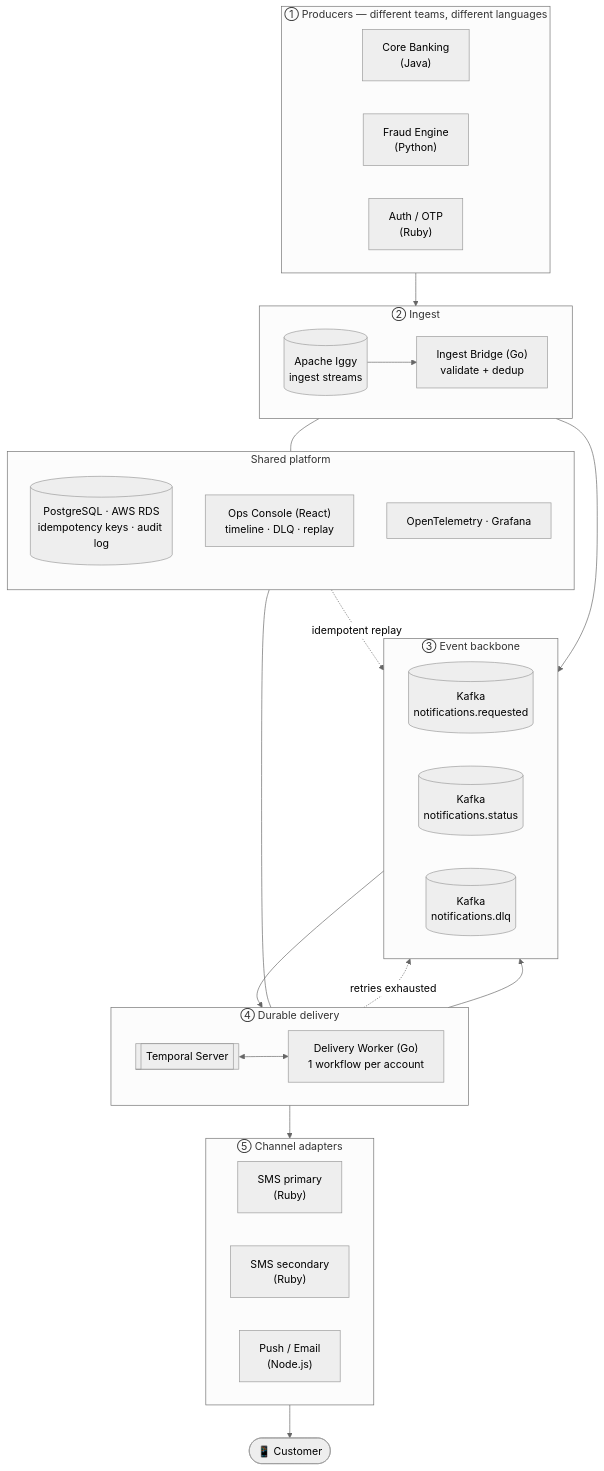
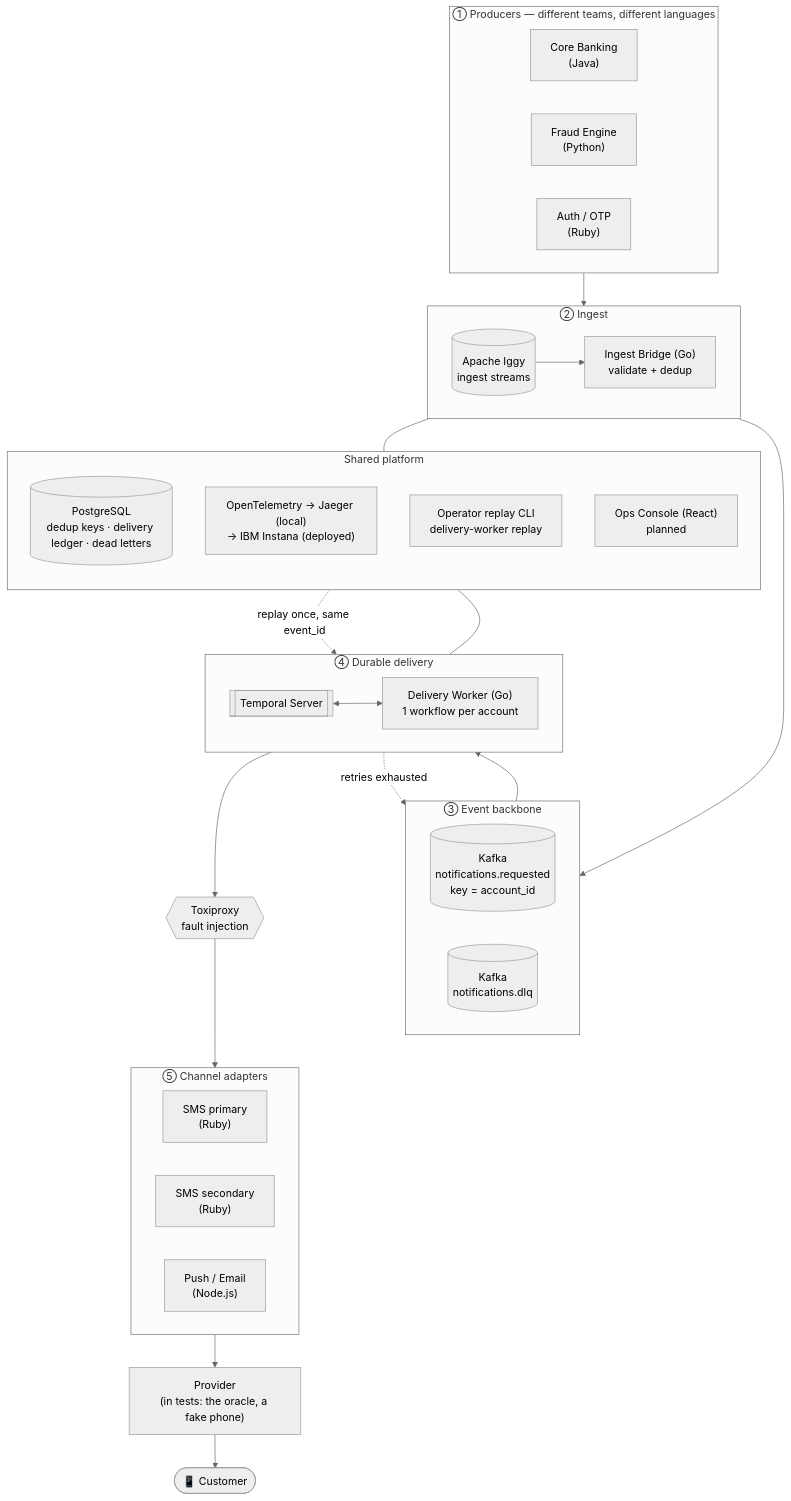
One commit to SJSU-CMPE-273-Project/cmpe-273-project changed the first of 3 diagrams in README.md. Above: the diagram before and after it, drawn with Mermaid (neutral theme). The commit also changed other lines of this file, not shown here.

Commit message:
Make the README architecture diagram match the code
- Add Toxiproxy between the worker and all three adapters, and the
  oracle as the provider used in tests
- Remove notifications.status (created but nothing publishes to it)
- Replay is the operator CLI starting a one-time Temporal workflow,
  not the Ops Console re-publishing to Kafka; mark the console planned
- Postgres is not on AWS RDS; observability is OpenTelemetry to Jaeger,
  then IBM Instana (no Prometheus/Grafana)
- Add the TTL check to the delivery workflow diagram
- Tech table and deployment section: single-node k3s on a public VM

````diff
--- a/README.md
+++ b/README.md
@@ -72,58 +72,62 @@
 ```mermaid
 flowchart TB
     subgraph L1["① Producers — different teams, different languages"]
         direction LR
         CB["Core Banking<br/>(Java)"]
         FR["Fraud Engine<br/>(Python)"]
         AU["Auth / OTP<br/>(Ruby)"]
     end
 
     subgraph L2["② Ingest"]
         direction LR
         IG[("Apache Iggy<br/>ingest streams")]
         BR["Ingest Bridge (Go)<br/>validate + dedup"]
         IG --> BR
     end
 
     subgraph L3["③ Event backbone"]
         direction LR
-        K1[("Kafka<br/>notifications.requested")]
-        K2[("Kafka<br/>notifications.status")]
+        K1[("Kafka<br/>notifications.requested<br/>key = account_id")]
         DLQ[("Kafka<br/>notifications.dlq")]
     end
 
     subgraph L4["④ Durable delivery"]
         direction LR
         TS[["Temporal Server"]]
         DW["Delivery Worker (Go)<br/>1 workflow per account"]
         TS <--> DW
     end
 
+    TP{{"Toxiproxy<br/>fault injection"}}
+
     subgraph L5["⑤ Channel adapters"]
         direction LR
         SMS1["SMS primary<br/>(Ruby)"]
         SMS2["SMS secondary<br/>(Ruby)"]
         PUSH["Push / Email<br/>(Node.js)"]
     end
 
+    PR["Provider<br/>(in tests: the oracle, a fake phone)"]
     PH(["📱 Customer"])
 
     L1 --> IG
     BR --> K1
     K1 --> DW
-    DW --> L5
+    DW --> TP
+    TP --> L5
+    L5 --> PR
+    PR --> PH
     DW -. "retries exhausted" .-> DLQ
-    DW --> K2
-    L5 --> PH
 
     subgraph SIDE["Shared platform"]
         direction TB
-        DB[("PostgreSQL · AWS RDS<br/>idempotency keys · audit log")]
-        UI["Ops Console (React)<br/>timeline · DLQ · replay"]
-        OT["OpenTelemetry · Grafana"]
+        DB[("PostgreSQL<br/>dedup keys · delivery ledger · dead letters")]
+        OT["OpenTelemetry → Jaeger (local)<br/>→ IBM Instana (deployed)"]
+        OP["Operator replay CLI<br/>delivery-worker replay"]
+        UI["Ops Console (React)<br/>planned"]
     end
 
     BR --- DB
     DW --- DB
-    UI -. "idempotent replay" .-> K1
+    OP -. "replay once, same event_id" .-> TS
 ```
````
